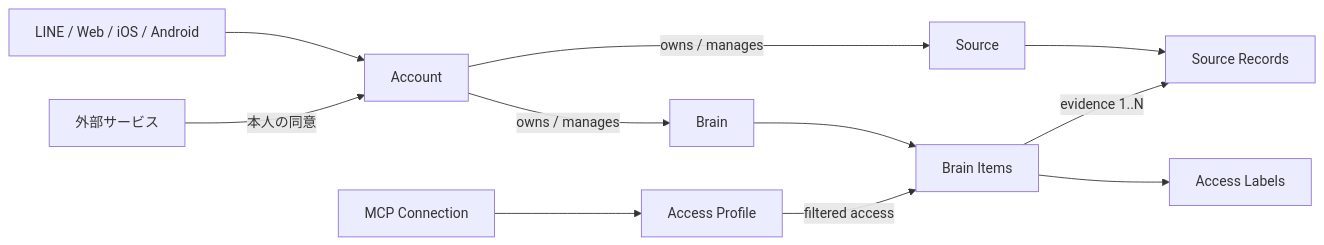
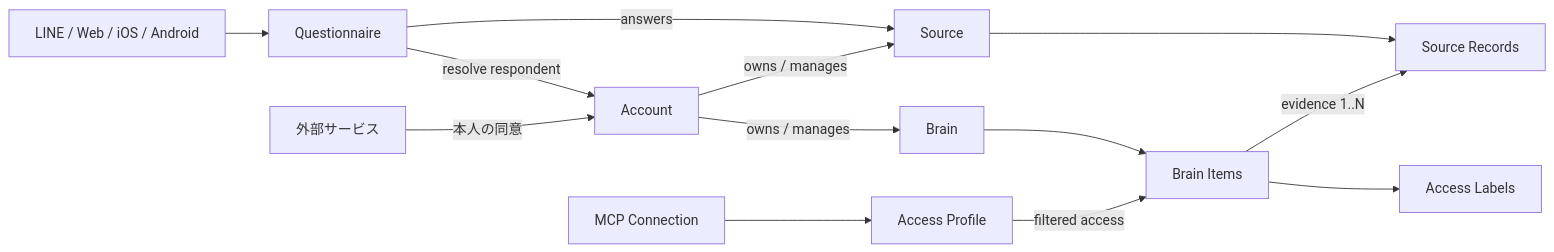
One commit to kkyosuke/me-builder changed the diagram in docs/domain-design.md. Above: the diagram before and after it, drawn with Mermaid. The commit also changed other lines of this file and 7 other files, not shown here.

````diff
--- a/docs/domain-design.md
+++ b/docs/domain-design.md
@@ -21,13 +23,15 @@
 ```mermaid
 flowchart LR
-    UI[LINE / Web / iOS / Android] --> A[Account]
+    UI[LINE / Web / iOS / Android] --> Q[Questionnaire]
+    Q -->|resolve respondent| A[Account]
+    Q -->|answers| S[Source]
     EXT[外部サービス] -->|本人の同意| A
     A -->|owns / manages| S[Source]
     A -->|owns / manages| B[Brain]
     S --> SR[Source Records]
     B --> I[Brain Items]
     I -->|evidence 1..N| SR
     I --> L[Access Labels]
     MCP[MCP Connection] --> P[Access Profile]
     P -->|filtered access| I
 ```
````
